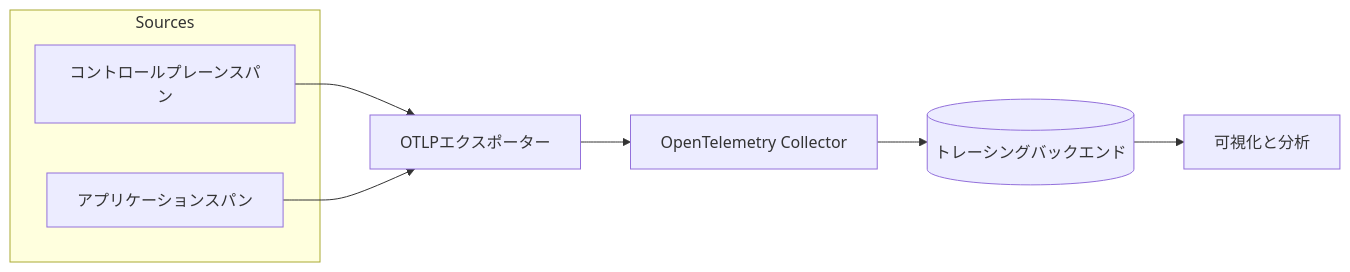
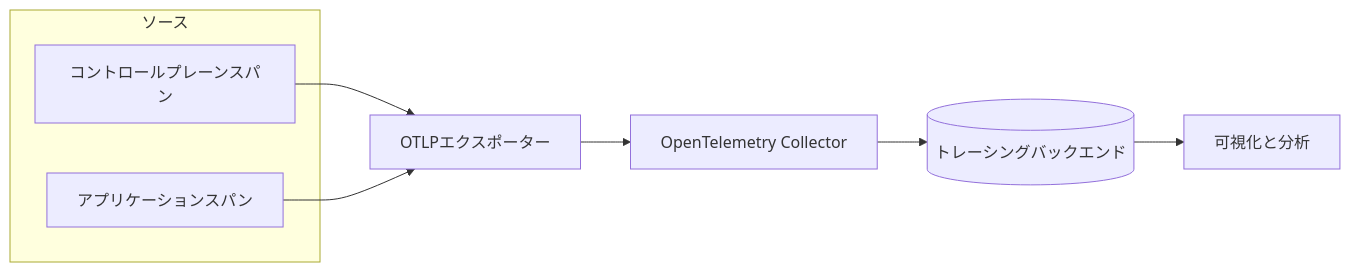
One commit to kubernetes/website changed the fourth of 4 diagrams in content/ja/docs/concepts/cluster-administration/observability.md. Above: the diagram before and after it, drawn with Mermaid. The commit also changed other lines of this file, not shown here.

```diff
--- a/content/ja/docs/concepts/cluster-administration/observability.md
+++ b/content/ja/docs/concepts/cluster-administration/observability.md
@@ -149,12 +149,12 @@
 {{< mermaid >}}
 flowchart LR
-    subgraph Sources
+    subgraph "ソース"
         A[コントロールプレーンスパン]
         B[アプリケーションスパン]
     end
     A --> X[OTLPエクスポーター]
     B --> X
     X --> COL[OpenTelemetry Collector]
     COL --> TS[(トレーシングバックエンド)]
     TS --> V[可視化と分析]
 {{< /mermaid >}}
```
